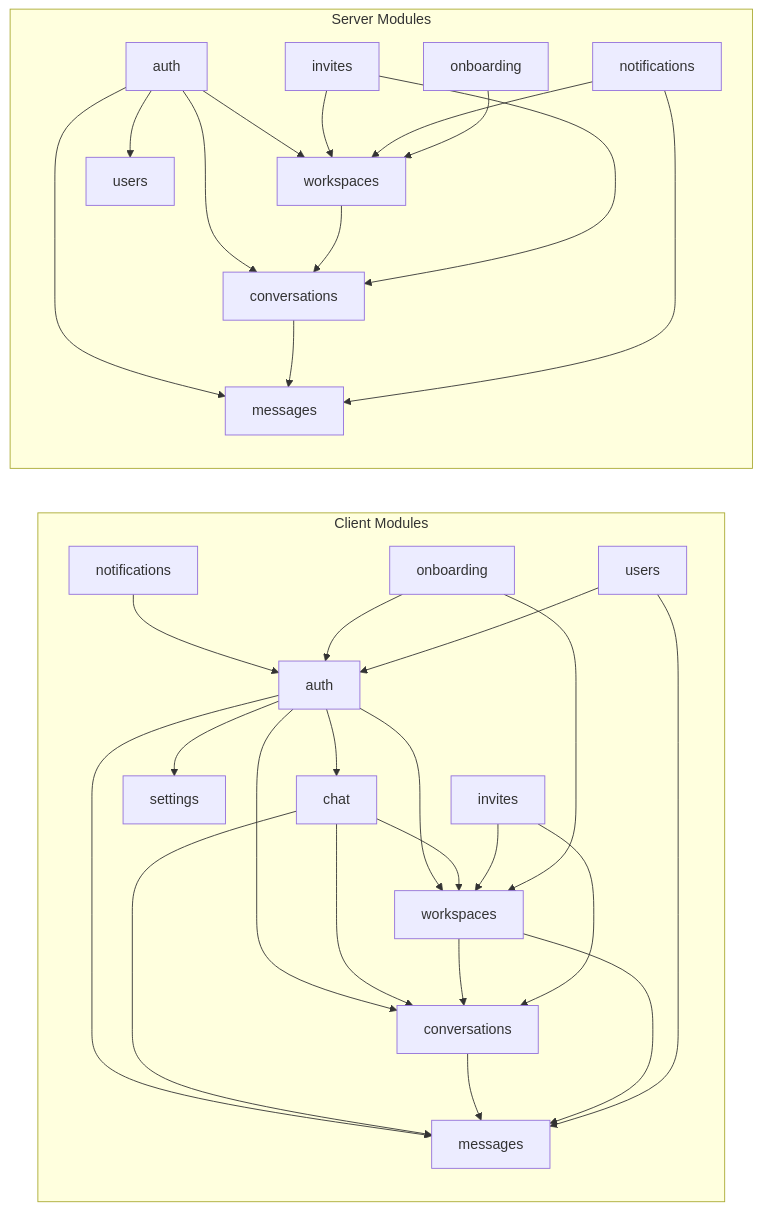
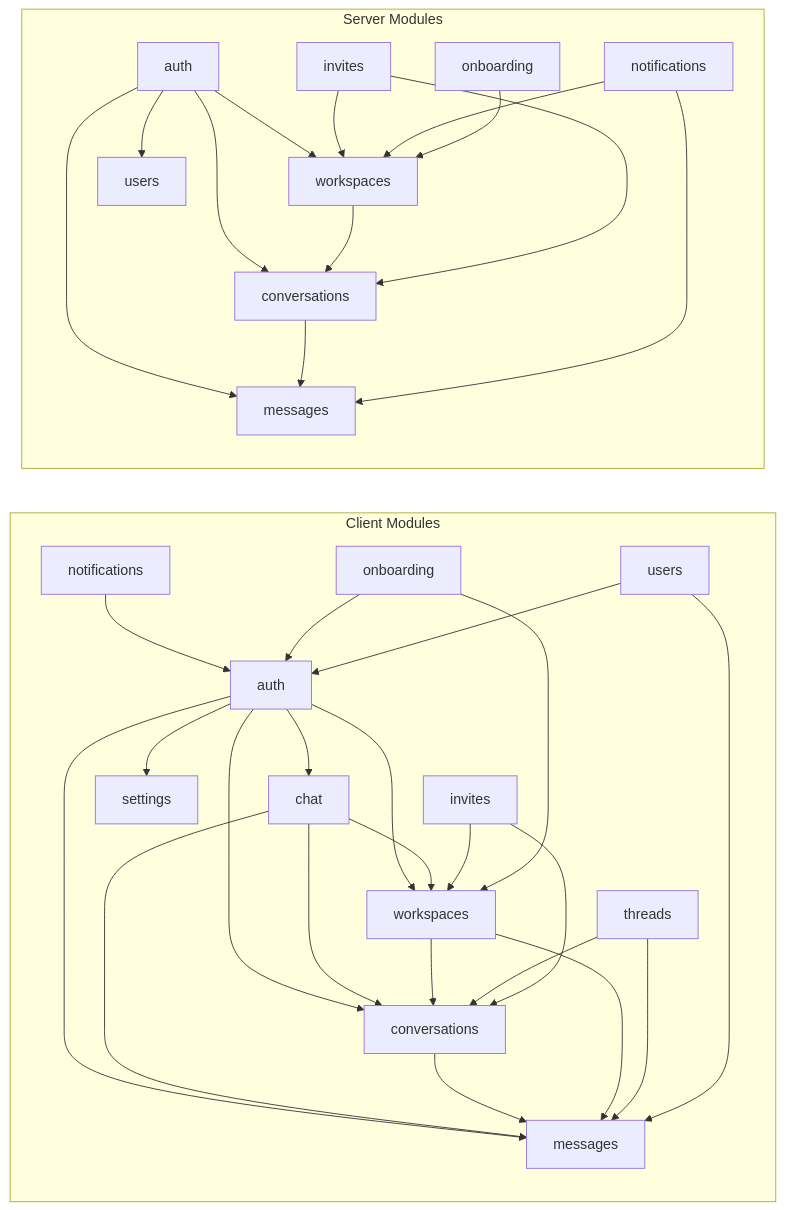
One commit to Kashyap-empiric/Nexus changed the second of 6 diagrams in .docs/ARCHITECTURE.md. Above: the diagram before and after it, drawn with Mermaid. The commit also changed other lines of this file and 11 other files, not shown here.

````diff
--- a/.docs/ARCHITECTURE.md
+++ b/.docs/ARCHITECTURE.md
@@ -73,47 +73,50 @@
 ```mermaid
 flowchart LR
     subgraph Client_Modules["Client Modules"]
         A[auth] --> CH[chat]
         A --> NV[conversations]
         A --> WS[workspaces]
         A --> MS[messages]
         A --> ST[settings]
         
         CH --> MS
         CH --> NV
         CH --> WS
         
         NV --> MS
         WS --> NV
         WS --> MS
         
+        TH[threads] --> MS
+        TH --> NV
+
         INV[invites] --> WS
         INV --> NV
         
         NOT[notifications] --> A
         
         ON[onboarding] --> WS
         ON --> A
         
         USR[users] --> A
         USR --> MS
     end
 
     subgraph Server_Modules["Server Modules"]
         S_A[auth] --> S_WS[workspaces]
         S_A --> S_CN[conversations]
         S_A --> S_MS[messages]
         S_A --> S_USR[users]
         
         S_WS --> S_CN
         S_CN --> S_MS
         
         S_INV[invites] --> S_WS
         S_INV --> S_CN
         
         S_NOT[notifications] --> S_WS
         S_NOT --> S_MS
         
         S_ON[onboarding] --> S_WS
     end
 ```
````
